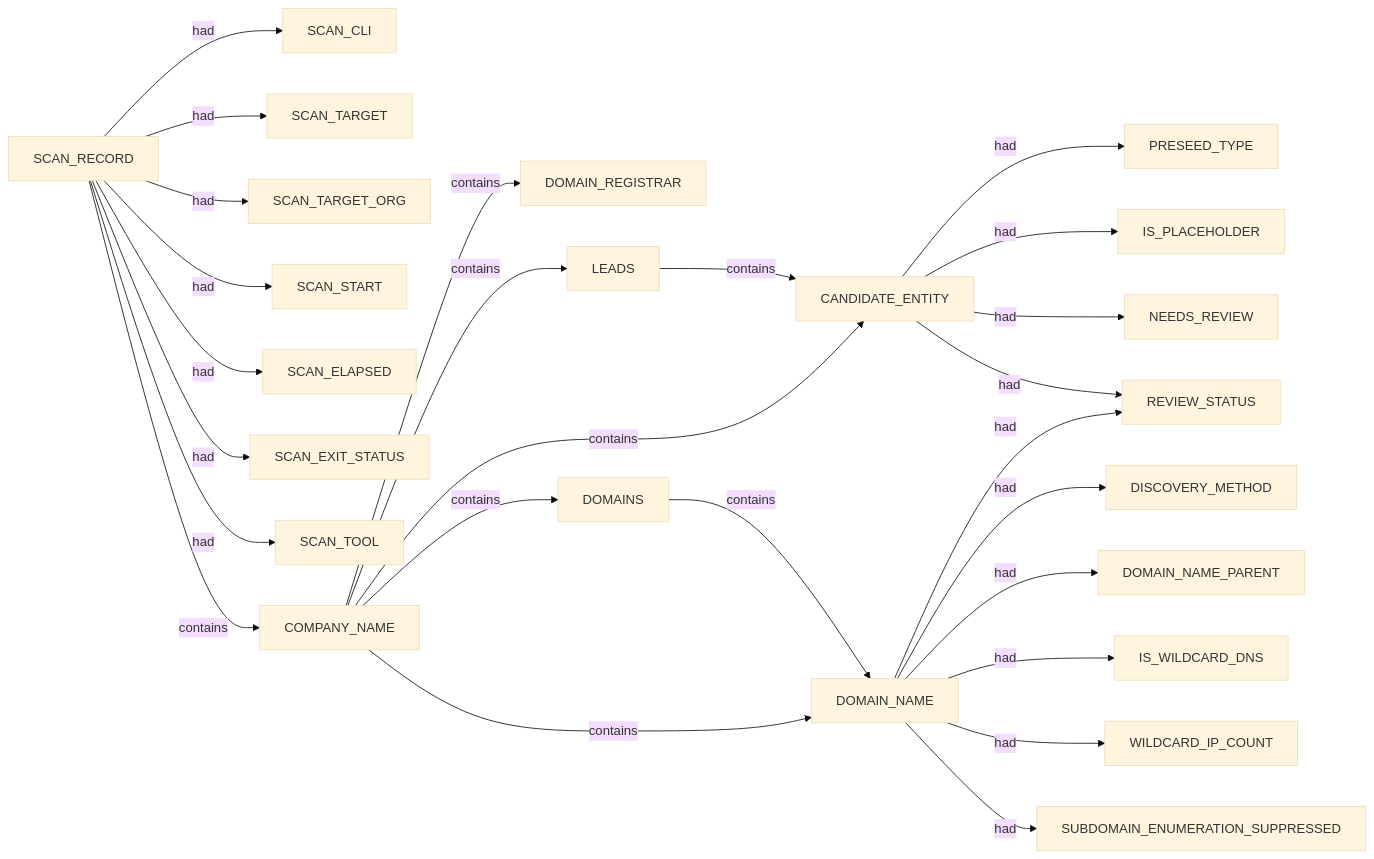
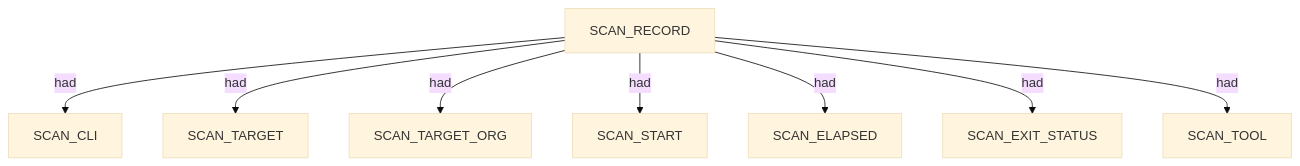
One commit to brettforbes/spiderfeet changed the first of 7 diagrams in .docs/docs-for-cli-tools/nugget_structure/pius_corporate_upside_ndjson_proposed_nuggets_edges_description.md. Above: the diagram before and after it, drawn with Mermaid (base theme). The commit also changed other lines of this file and 17 other files, not shown here.

````diff
--- a/.docs/docs-for-cli-tools/nugget_structure/pius_corporate_upside_ndjson_proposed_nuggets_edges_description.md
+++ b/.docs/docs-for-cli-tools/nugget_structure/pius_corporate_upside_ndjson_proposed_nuggets_edges_description.md
@@ -31,28 +13,18 @@
 ```mermaid
-flowchart LR
-  SCAN_RECORD -->|had| SCAN_CLI
-  SCAN_RECORD -->|had| SCAN_TARGET
-  SCAN_RECORD -->|had| SCAN_TARGET_ORG
-  SCAN_RECORD -->|had| SCAN_START
-  SCAN_RECORD -->|had| SCAN_ELAPSED
-  SCAN_RECORD -->|had| SCAN_EXIT_STATUS
-  SCAN_RECORD -->|had| SCAN_TOOL
-  SCAN_RECORD -->|contains| COMPANY_NAME
-  COMPANY_NAME -->|contains| DOMAIN_REGISTRAR
-  CANDIDATE_ENTITY -->|had| PRESEED_TYPE
-  CANDIDATE_ENTITY -->|had| IS_PLACEHOLDER
-  CANDIDATE_ENTITY -->|had| NEEDS_REVIEW
-  COMPANY_NAME -->|contains| LEADS
-  LEADS -->|contains| CANDIDATE_ENTITY
-  COMPANY_NAME -->|contains| CANDIDATE_ENTITY
-  CANDIDATE_ENTITY -->|had| REVIEW_STATUS
-  DOMAIN_NAME -->|had| DISCOVERY_METHOD
-  DOMAIN_NAME -->|had| DOMAIN_NAME_PARENT
-  COMPANY_NAME -->|contains| DOMAINS
-  DOMAINS -->|contains| DOMAIN_NAME
-  COMPANY_NAME -->|contains| DOMAIN_NAME
-  DOMAIN_NAME -->|had| REVIEW_STATUS
-  DOMAIN_NAME -->|had| IS_WILDCARD_DNS
-  DOMAIN_NAME -->|had| WILDCARD_IP_COUNT
-  DOMAIN_NAME -->|had| SUBDOMAIN_ENUMERATION_SUPPRESSED
+flowchart TD
+  scan_record_1["SCAN_RECORD"]
+  scan_cli_2["SCAN_CLI"]
+  scan_record_1 -->|had| scan_cli_2
+  scan_target_3["SCAN_TARGET"]
+  scan_record_1 -->|had| scan_target_3
+  scan_target_org_4["SCAN_TARGET_ORG"]
+  scan_record_1 -->|had| scan_target_org_4
+  scan_start_5["SCAN_START"]
+  scan_record_1 -->|had| scan_start_5
+  scan_elapsed_6["SCAN_ELAPSED"]
+  scan_record_1 -->|had| scan_elapsed_6
+  scan_exit_status_7["SCAN_EXIT_STATUS"]
+  scan_record_1 -->|had| scan_exit_status_7
+  scan_tool_8["SCAN_TOOL"]
+  scan_record_1 -->|had| scan_tool_8
 ```
````
